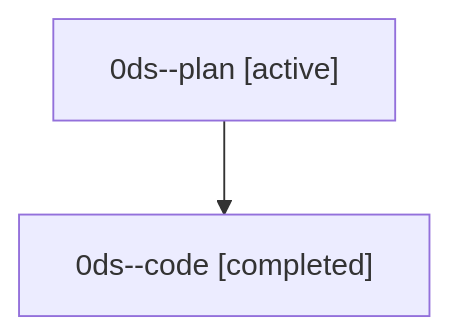
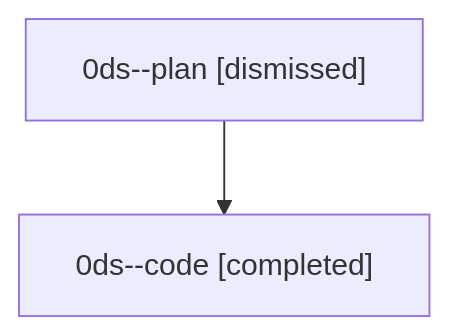
Before and after one commit to sase-org/sase--agents: the diagram in sessions/bbugyi200.athena.0ds.md, drawn with Mermaid. The commit also changed other lines of this file and 35 other files, not shown here.

````diff
--- a/sessions/bbugyi200.athena.0ds.md
+++ b/sessions/bbugyi200.athena.0ds.md
@@ -9,6 +9,6 @@
 ```mermaid
 flowchart TD
-  n0["0ds--plan [active]"]
+  n0["0ds--plan [dismissed]"]
   n1["0ds--code [completed]"]
   n0 --> n1
 ```
````
